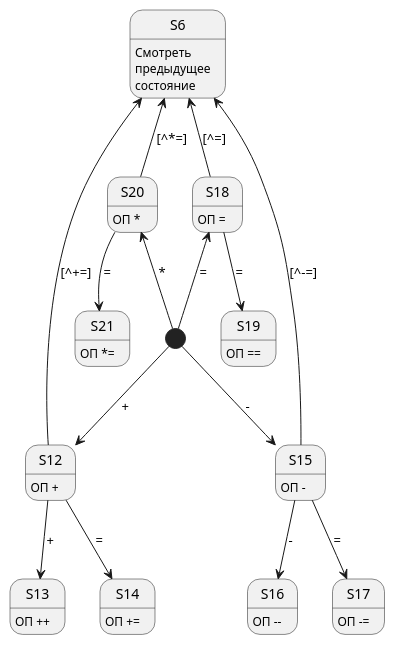
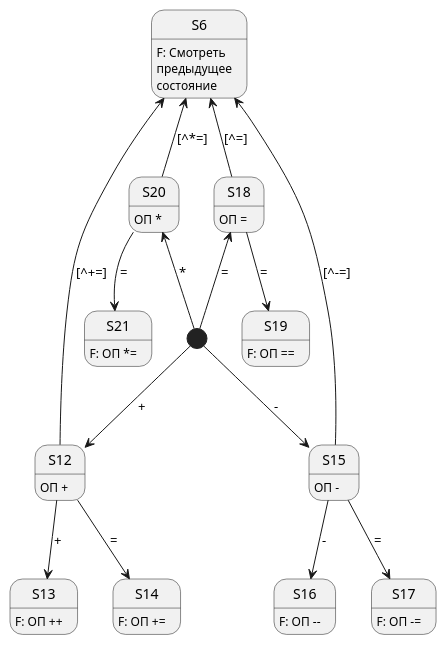
The diagram in Диаграмма состояния для ЛА/sd2.puml (vladimirlll/CSharpLexicalAnalyzer), drawn with PlantUML before and after one commit. The commit also changed 16 other files, not shown here.

```diff
--- a/Диаграмма состояния для ЛА/sd2.puml
+++ b/Диаграмма состояния для ЛА/sd2.puml
@@ -1,33 +1,33 @@
 @startuml "sd2"
 
 [*] --> S12 : +
 S12 --> S13 : +
-S13 : ОП ++
+S13 : F: ОП ++
 S12 --> S14 : =
-S14 : ОП +=
+S14 : F: ОП +=
 S12 -up-> S6 : [^+=]
 S12 : ОП +
 
 [*] --> S15 : -
 S15 --> S16 : -
-S16 : ОП --
+S16 : F: ОП --
 S15 --> S17 : =
-S17 : ОП -=
+S17 : F: ОП -=
 S15 -up-> S6 : [^-=]
 S15 : ОП -
 
 [*] -up-> S18 : =
 S18 -up-> S6 : [^=]
 S18 --> S19 : =
-S19 : ОП ==
+S19 : F: ОП ==
 S18 : ОП =
 
 [*] -up-> S20 : *
 S20 -up-> S6 : [^*=]
 S20 --> S21 : =
-S21 : ОП *=
+S21 : F: ОП *=
 S20 : ОП *
 
-S6 : Смотреть\nпредыдущее\nсостояние
+S6 : F: Смотреть\nпредыдущее\nсостояние
 
 @enduml
```
